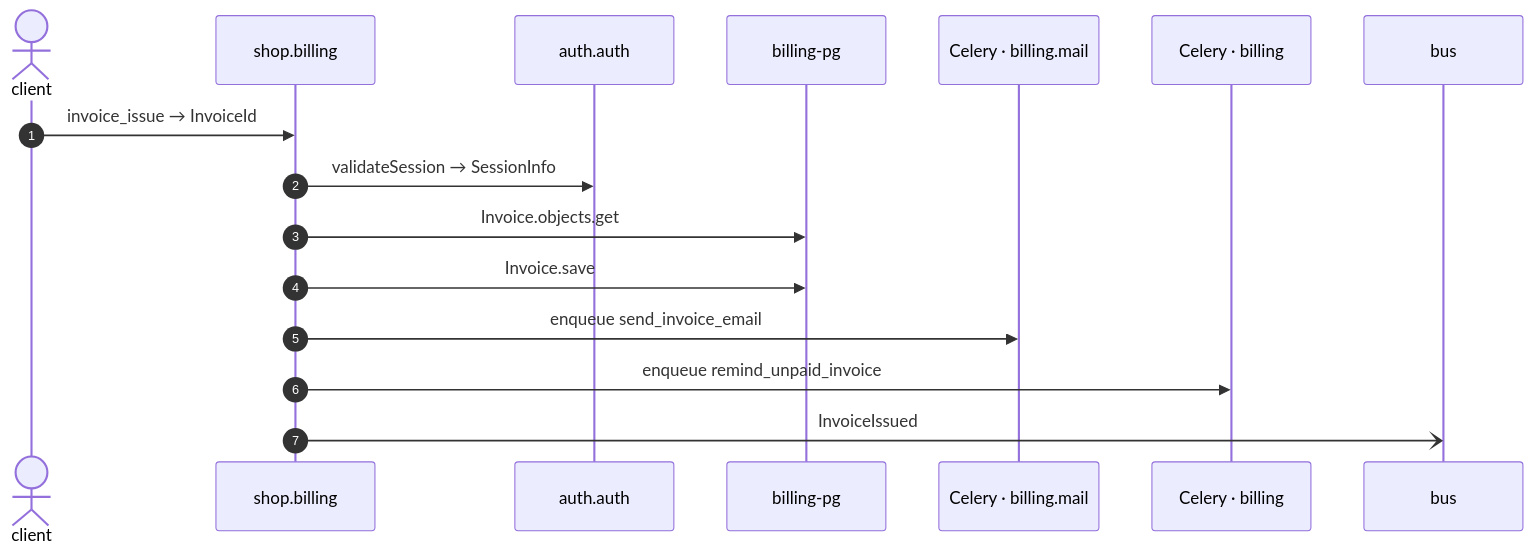
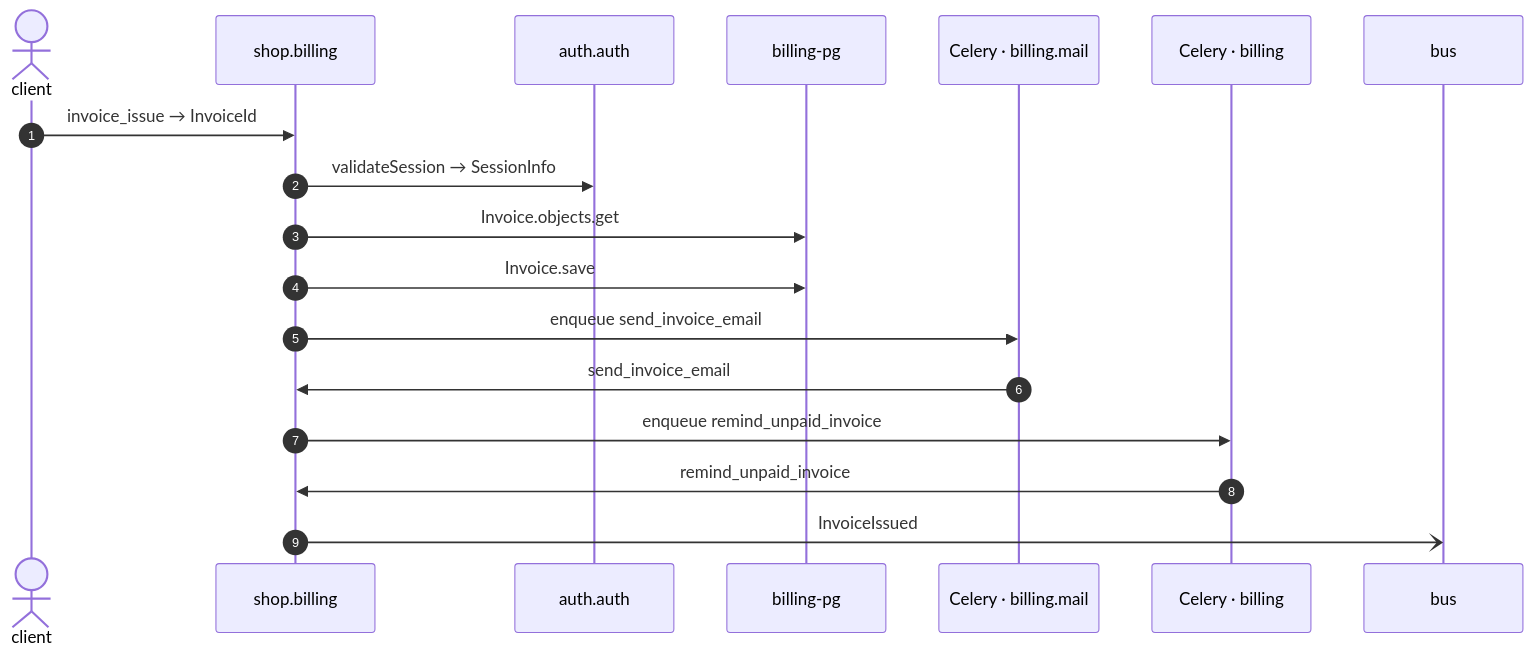
Before and after one commit to shortlink-org/portolan: the diagram in exports/mermaid/billing-invoice-issue.mmd, drawn with Mermaid. The commit also changed 59 other files, not shown here.

```diff
--- a/exports/mermaid/billing-invoice-issue.mmd
+++ b/exports/mermaid/billing-invoice-issue.mmd
@@ -1,16 +1,18 @@
 sequenceDiagram
     autonumber
     actor p0 as client
     participant p1 as shop.billing
     participant p2 as auth.auth
     participant p3 as billing-pg
     participant p4 as Celery · billing.mail
     participant p5 as Celery · billing
     participant p6 as bus
     p0->>p1: invoice_issue → InvoiceId
     p1->>p2: validateSession → SessionInfo
     p1->>p3: Invoice.objects.get
     p1->>p3: Invoice.save
     p1->>p4: enqueue send_invoice_email
+    p4->>p1: send_invoice_email
     p1->>p5: enqueue remind_unpaid_invoice
+    p5->>p1: remind_unpaid_invoice
     p1-)p6: InvoiceIssued
```
